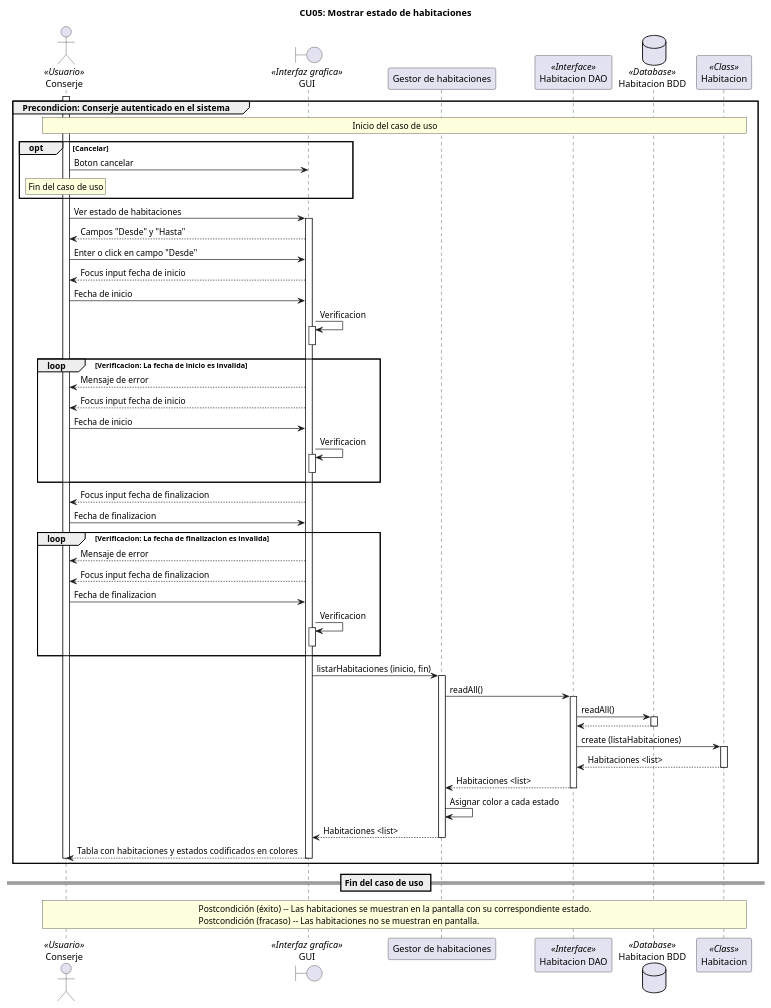
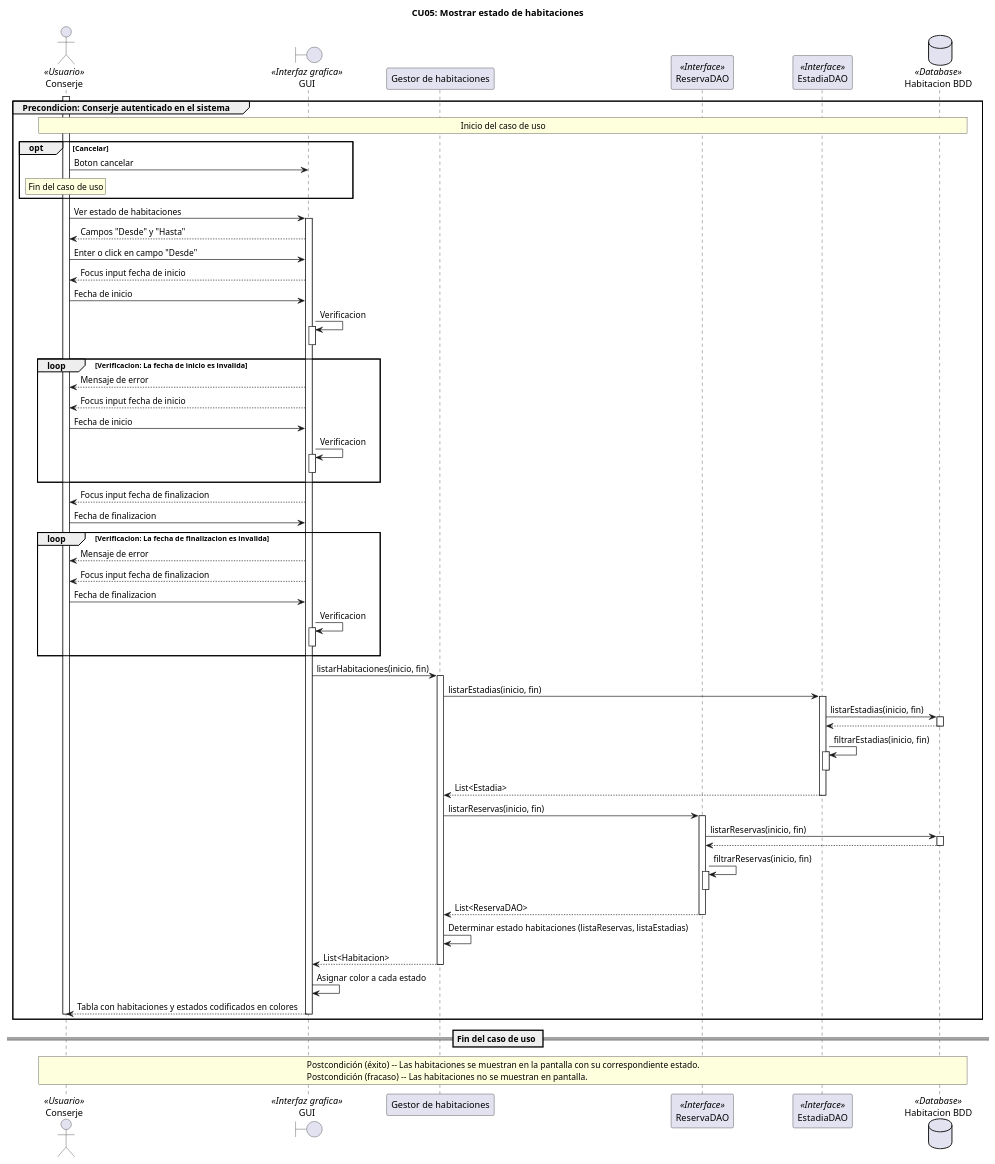
Before and after one commit to mateopozzo/DeSo: the diagram in Diagramas/Diagramas de secuencia/Diagrama de secuencia CU05.puml, drawn with PlantUML. The commit also changed 7 other files, not shown here.

Commit message:
Corrige versiones de codigo e imagenes de diagramas de secuencias por las ultimas realizadas con algunas correcciones en base a lo programado

```diff
--- a/Diagramas/Diagramas de secuencia/Diagrama de secuencia CU05.puml
+++ b/Diagramas/Diagramas de secuencia/Diagrama de secuencia CU05.puml
@@ -1,84 +1,97 @@
 @startuml
 title CU05: Mostrar estado de habitaciones
 ' Actor y participantes
 actor "Conserje" as Conserje <<Usuario>>
 boundary "GUI" as UI <<Interfaz grafica>>
 participant "Gestor de habitaciones" as Gestor
-participant "Habitacion DAO" as DAO <<Interface>>
+participant "ReservaDAO" as RDAO <<Interface>>
+participant "EstadiaDAO" as EDAO <<Interface>>
 database "Habitacion BDD" as BDD <<Database>>
-participant "Habitacion" as Habitacion <<Class>>
 
 ' Precondición
 group Precondicion: Conserje autenticado en el sistema
   rnote across: Inicio del caso de uso
   opt Cancelar
     Conserje -> UI : Boton cancelar
     rnote over Conserje : Fin del caso de uso
   end
   
   activate Conserje
   Conserje -> UI : Ver estado de habitaciones
   activate UI
   UI --> Conserje : Campos "Desde" y "Hasta"
   Conserje -> UI : Enter o click en campo "Desde"
   UI --> Conserje : Focus input fecha de inicio
   Conserje -> UI : Fecha de inicio
   
   
   UI -> UI : Verificacion
   activate UI
   deactivate UI
 
   
   loop Verificacion: La fecha de inicio es invalida
     UI --> Conserje : Mensaje de error
     UI --> Conserje : Focus input fecha de inicio
     Conserje -> UI : Fecha de inicio
     UI -> UI : Verificacion
     activate UI
     deactivate UI
   end
   
   UI --> Conserje : Focus input fecha de finalizacion
   Conserje -> UI : Fecha de finalizacion
   
   loop Verificacion: La fecha de finalizacion es invalida
     UI --> Conserje : Mensaje de error
     UI --> Conserje : Focus input fecha de finalizacion
     Conserje -> UI : Fecha de finalizacion
     UI -> UI : Verificacion
     activate UI
     deactivate UI
   end
   
   
-  UI -> Gestor : listarHabitaciones (inicio, fin)
+  UI -> Gestor : listarHabitaciones(inicio, fin)
   activate Gestor
-  Gestor -> DAO : readAll()
-  activate DAO
-  DAO -> BDD : readAll()
+  Gestor -> EDAO : listarEstadias(inicio, fin)
+  activate EDAO
+  EDAO -> BDD : listarEstadias(inicio, fin)
   activate BDD
-  BDD --> DAO
+  BDD --> EDAO
   deactivate BDD
-  DAO -> Habitacion : create (listaHabitaciones)
-  activate Habitacion
-  Habitacion--> DAO : Habitaciones <list>
-  deactivate Habitacion
-  DAO --> Gestor : Habitaciones <list>
-  deactivate DAO
-  Gestor -> Gestor : Asignar color a cada estado
+  EDAO -> EDAO : filtrarEstadias(inicio, fin)
+  activate EDAO
+  deactivate EDAO
+  EDAO --> Gestor : List<Estadia>
+  deactivate EDAO
+  
+  Gestor -> RDAO : listarReservas(inicio, fin)
+  activate RDAO
+  RDAO -> BDD : listarReservas(inicio, fin)
+  activate BDD
+  BDD --> RDAO
+  deactivate BDD
+  RDAO -> RDAO : filtrarReservas(inicio, fin)
+  activate RDAO
+  deactivate RDAO
+  RDAO --> Gestor : List<ReservaDAO>
+  deactivate RDAO
+  
+  Gestor -> Gestor : Determinar estado habitaciones (listaReservas, listaEstadias)
 
-  Gestor --> UI : Habitaciones <list>
+  Gestor --> UI : List<Habitacion>
   deactivate Gestor 
+  UI -> UI : Asignar color a cada estado
   UI --> Conserje : Tabla con habitaciones y estados codificados en colores
   deactivate UI
   deactivate Conserje
 end
 
 == Fin del caso de uso ==
 rnote across
   Postcondición (éxito) -- Las habitaciones se muestran en la pantalla con su correspondiente estado.
   Postcondición (fracaso) -- Las habitaciones no se muestran en pantalla.
 end note
 
 @enduml
```
